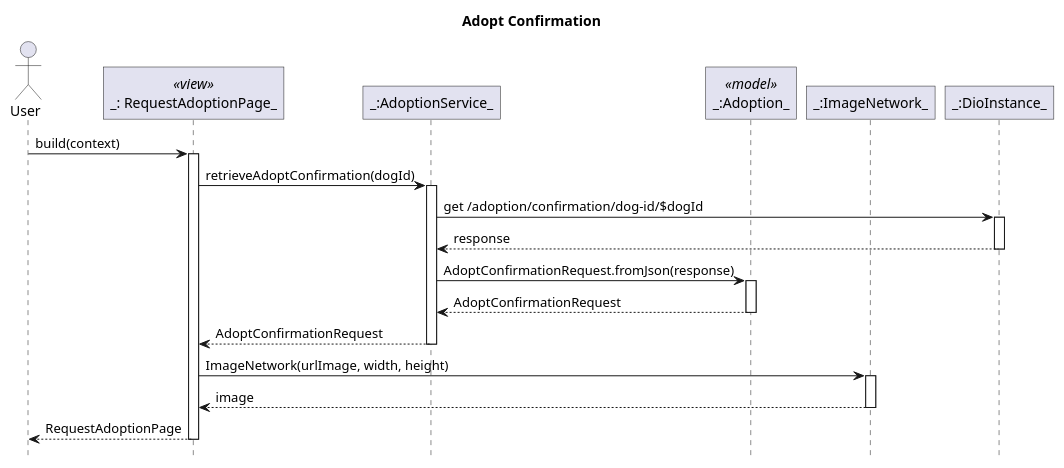
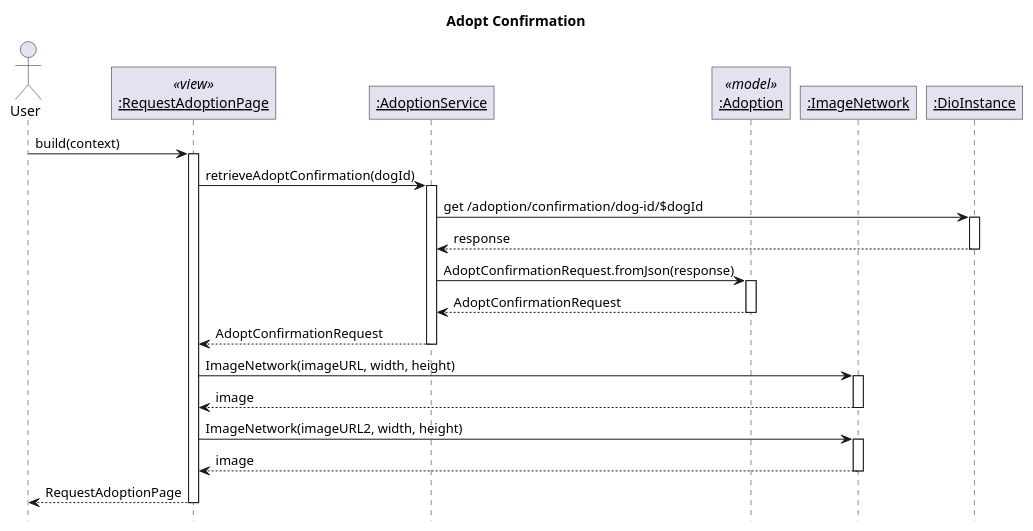
Before and after one commit to sharoncedila/FO_woofers: the diagram in lib/plantuml/adoption/adopt confirmation.puml, drawn with PlantUML. The commit also changed 30 other files, not shown here.

Commit message:
added all sequence diagram

```diff
--- a/lib/plantuml/adoption/adopt confirmation.puml
+++ b/lib/plantuml/adoption/adopt confirmation.puml
@@ -1,31 +1,33 @@
 @startuml AdoptConfirmation
 ' Global param
 title Adopt Confirmation
 autoactivate on
 
 ' Global style configuration
 skinparam RoundCorner 0
 hide footbox
 
 ' Sequence participant configuration
 actor User
-participant "_: RequestAdoptionPage_" as Page <<view>>
-participant "_:AdoptionService_" as Service
-participant "_:Adoption_" as Model <<model>>
-participant "_:ImageNetwork_" as Image
-participant "_:DioInstance_" as Dio
+participant "__:RequestAdoptionPage__" as Page <<view>>
+participant "__:AdoptionService__" as Service
+participant "__:Adoption__" as Model <<model>>
+participant "__:ImageNetwork__" as Image
+participant "__:DioInstance__" as Dio
 
 
 ' Sequence diagram
 User -> Page: build(context)
 Page -> Service: retrieveAdoptConfirmation(dogId)
 Service -> Dio : get /adoption/confirmation/dog-id/$dogId
 Service <-- Dio : response
 Service -> Model : AdoptConfirmationRequest.fromJson(response)
 Service <-- Model : AdoptConfirmationRequest
 Page <-- Service : AdoptConfirmationRequest
-Page -> Image : ImageNetwork(urlImage, width, height)
+Page -> Image : ImageNetwork(imageURL, width, height)
+Page <-- Image : image
+Page -> Image : ImageNetwork(imageURL2, width, height)
 Page <-- Image : image
 User <-- Page: RequestAdoptionPage
 
 @enduml
```
